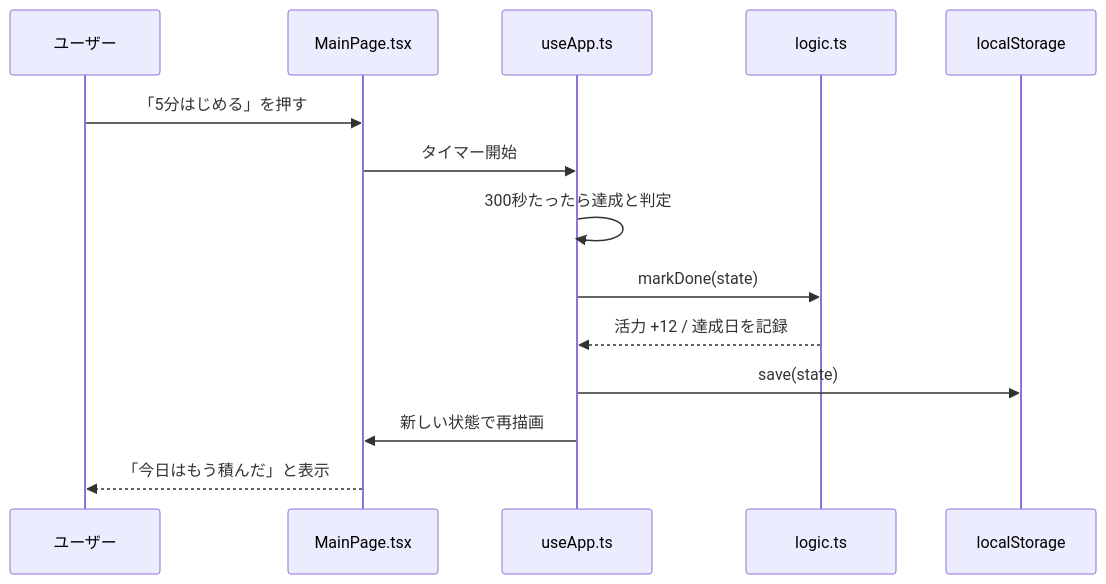
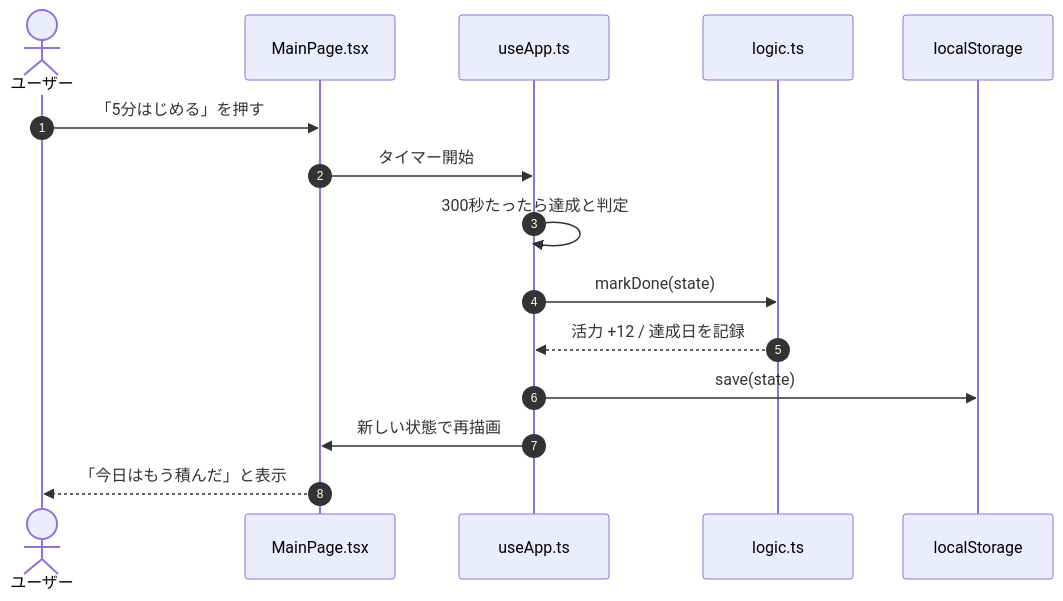
One commit to kuramochi703/keep-motivation-app changed the fourth of 5 diagrams in ARCHITECTURE.md. Above: the diagram before and after it, drawn with Mermaid. The commit also changed other lines of this file and 1 other file, not shown here.

````diff
--- a/ARCHITECTURE.md
+++ b/ARCHITECTURE.md
@@ -58,17 +153,18 @@
 ```mermaid
 sequenceDiagram
-  participant U as ユーザー
-  participant M as MainPage.tsx
-  participant R as useApp.ts
-  participant L as logic.ts
-  participant S as localStorage
+    autonumber
+    actor U as ユーザー
+    participant M as MainPage.tsx
+    participant R as useApp.ts
+    participant L as logic.ts
+    participant S as localStorage
 
-  U->>M: 「5分はじめる」を押す
-  M->>R: タイマー開始
-  R->>R: 300秒たったら達成と判定
-  R->>L: markDone(state)
-  L-->>R: 活力 +12 / 達成日を記録
-  R->>S: save(state)
-  R->>M: 新しい状態で再描画
-  M-->>U: 「今日はもう積んだ」と表示
+    U->>M: 「5分はじめる」を押す
+    M->>R: タイマー開始
+    R->>R: 300秒たったら達成と判定
+    R->>L: markDone(state)
+    L-->>R: 活力 +12 / 達成日を記録
+    R->>S: save(state)
+    R->>M: 新しい状態で再描画
+    M-->>U: 「今日はもう積んだ」と表示
 ```
````
